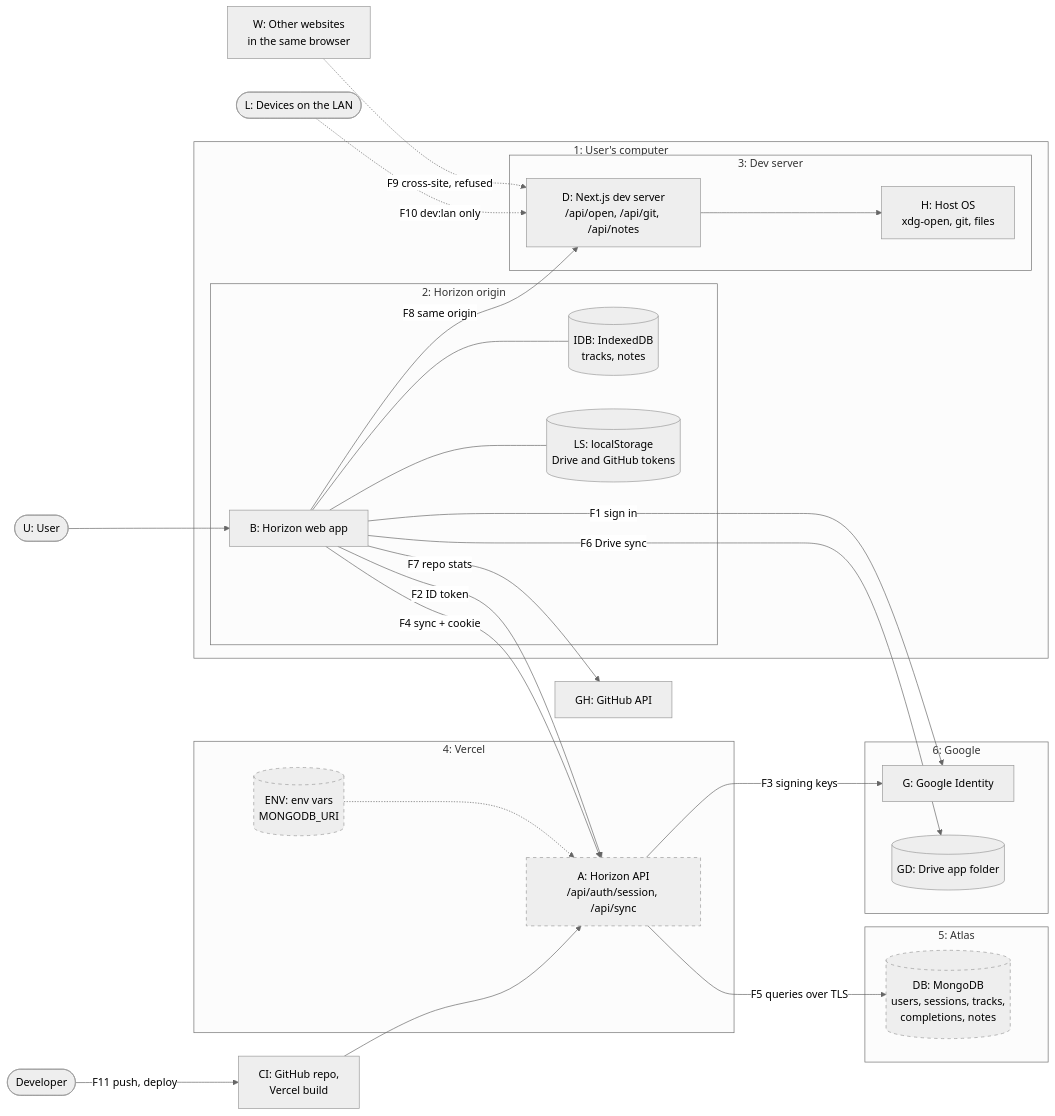
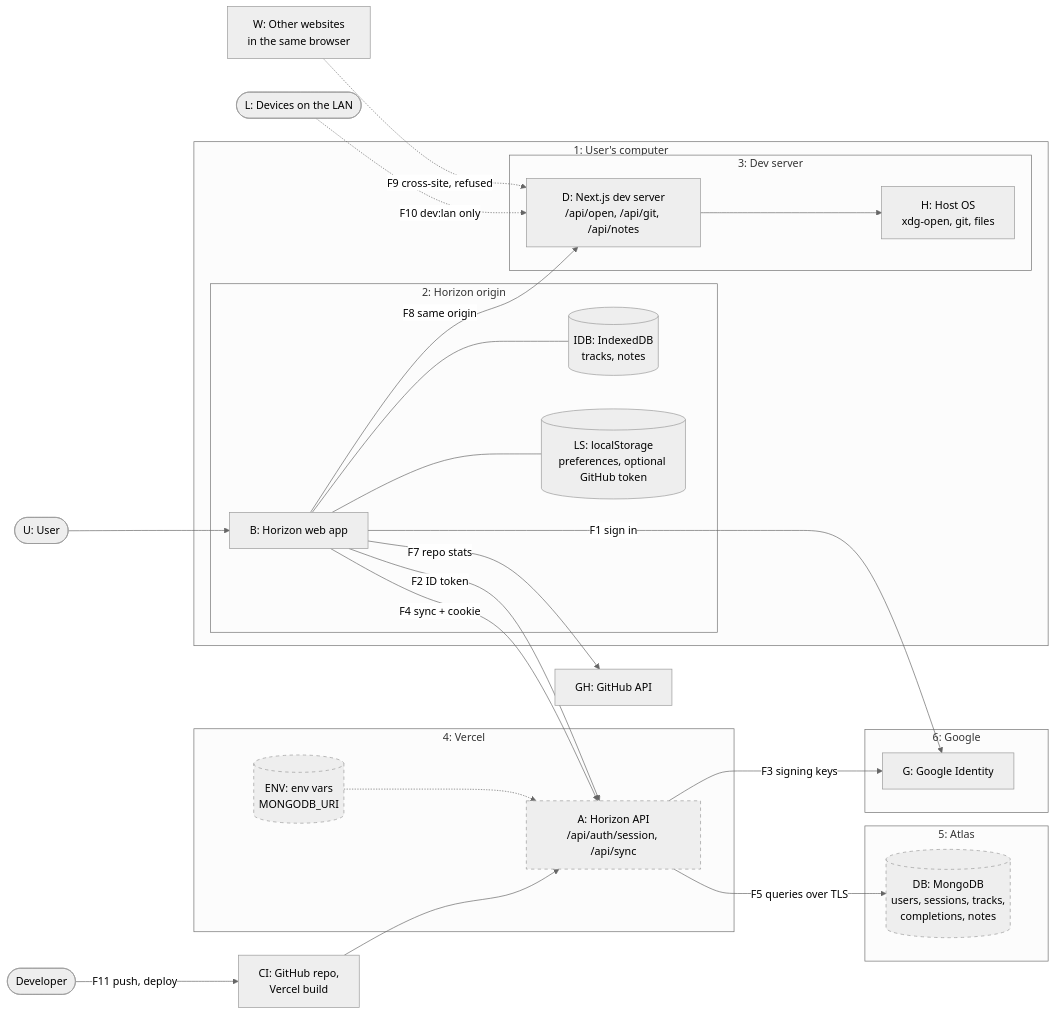
Before and after one commit to alessandrogpz/horizon-roadmap-tracker: the diagram in docs/security/THREAT_MODEL.md, drawn with Mermaid (neutral theme). The commit also changed other lines of this file and 23 other files, not shown here.

Commit message:
feat!: remove Google Drive sync (0.32.0)

````diff
--- a/docs/security/THREAT_MODEL.md
+++ b/docs/security/THREAT_MODEL.md
@@ -101,57 +101,55 @@
 ```mermaid
 flowchart LR
   U(["U: User"])
   W["W: Other websites<br/>in the same browser"]
   L(["L: Devices on the LAN"])
   DEV(["Developer"])
 
   subgraph DEVICE["1: User's computer"]
     subgraph ORIGIN["2: Horizon origin"]
       B["B: Horizon web app"]
       IDB[("IDB: IndexedDB<br/>tracks, notes")]
-      LS[("LS: localStorage<br/>Drive and GitHub tokens")]
+      LS[("LS: localStorage<br/>preferences, optional GitHub token")]
     end
     subgraph LOCAL["3: Dev server"]
       D["D: Next.js dev server<br/>/api/open, /api/git, /api/notes"]
       H["H: Host OS<br/>xdg-open, git, files"]
     end
   end
 
   subgraph VERCEL["4: Vercel"]
     A["A: Horizon API<br/>/api/auth/session, /api/sync"]
     ENV[("ENV: env vars<br/>MONGODB_URI")]
   end
 
   subgraph ATLAS["5: Atlas"]
     DB[("DB: MongoDB<br/>users, sessions, tracks,<br/>completions, notes")]
   end
 
   subgraph GOOGLE["6: Google"]
     G["G: Google Identity"]
-    GD[("GD: Drive app folder")]
   end
 
   GH["GH: GitHub API"]
   CI["CI: GitHub repo,<br/>Vercel build"]
 
   U --> B
   B --- IDB
   B --- LS
   B -- "F1 sign in" --> G
   B -- "F2 ID token" --> A
   A -- "F3 signing keys" --> G
   B -- "F4 sync + cookie" --> A
   A -- "F5 queries over TLS" --> DB
   ENV -.-> A
-  B -- "F6 Drive sync" --> GD
   B -- "F7 repo stats" --> GH
   B -- "F8 same origin" --> D
   D --> H
   W -. "F9 cross-site, refused" .-> D
   L -. "F10 dev:lan only" .-> D
   DEV -- "F11 push, deploy" --> CI
   CI --> A
 
   classDef planned stroke-dasharray: 5 5
   class A,ENV,DB planned
 ```
````
